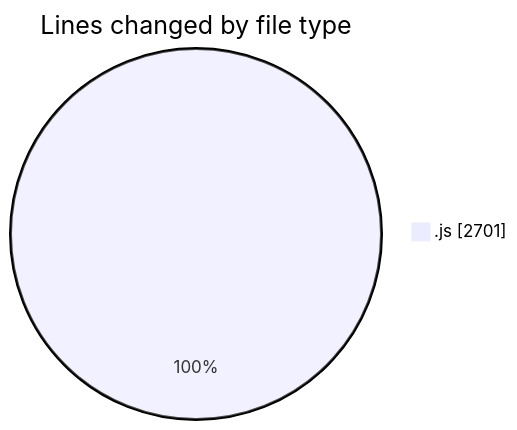
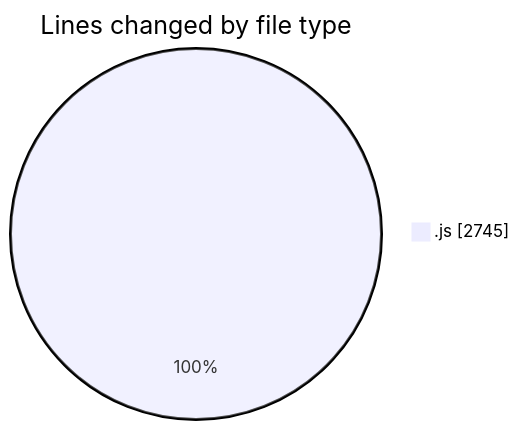
One commit to nxtqubesakshisongat/code-tracking changed the first of 2 diagrams in 2025-09-03/nxtqube_webapp/README.md. Above: the diagram before and after it, drawn with Mermaid. The commit also changed other lines of this file and 1 other file, not shown here.

````diff
--- a/2025-09-03/nxtqube_webapp/README.md
+++ b/2025-09-03/nxtqube_webapp/README.md
@@ -20,5 +20,5 @@
 ```mermaid
 pie showData
 title Lines changed by file type
-".js" : 2701
+".js" : 2745
 ```
````
